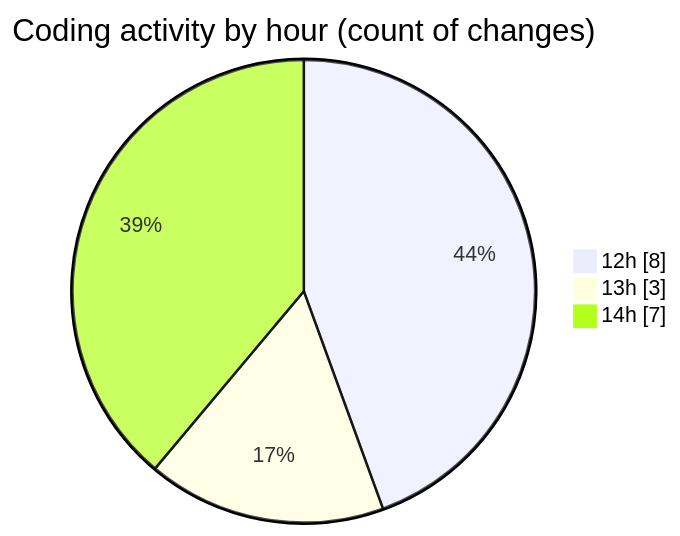
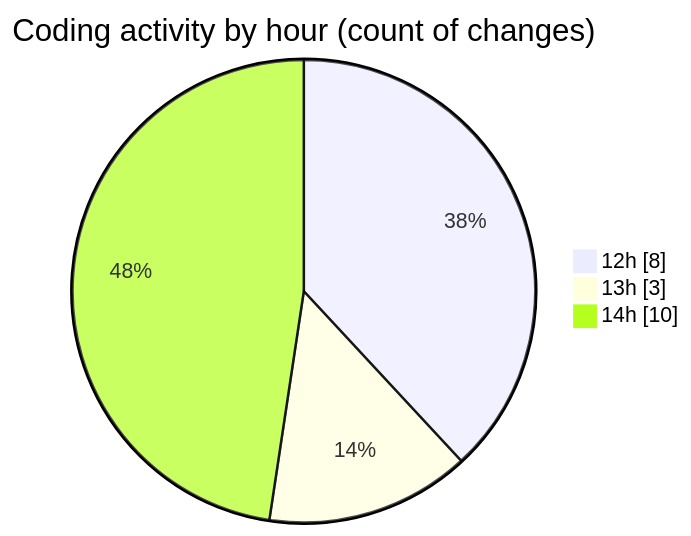
The second of 2 diagrams in 2025-08-08/nxtqube_webapp/README.md (nxtqubesakshisongat/code-tracking), drawn with Mermaid before and after one commit. The commit also changed other lines of this file and 1 other file, not shown here.

````diff
--- a/2025-08-08/nxtqube_webapp/README.md
+++ b/2025-08-08/nxtqube_webapp/README.md
@@ -31,7 +31,7 @@
 ```mermaid
 pie showData
 title Coding activity by hour (count of changes)
 "12h" : 8
 "13h" : 3
-"14h" : 7
+"14h" : 10
 ```
````
